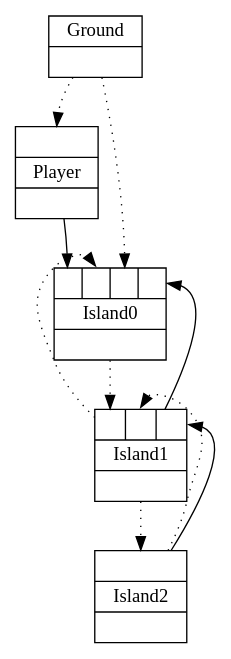
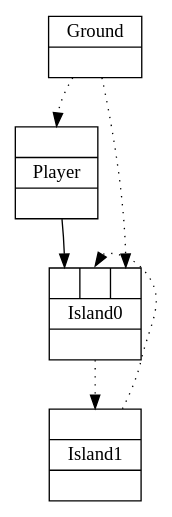
One commit to increpare/AbstractPropagationSim changed the diagram in mid/19/graph_0.gv. Above: the diagram before and after it, drawn with Graphviz. The commit also changed 11 other files, not shown here.

```diff
--- a/mid/19/graph_0.gv
+++ b/mid/19/graph_0.gv
@@ -1,17 +1,12 @@
 digraph G {
 node [shape=record];
 Player[ label ="{{<GroundP>}|{Player}|<PlayerOUT>}"];
 Ground[ label ="{{Ground}|<GroundOUT>}"];
-Island0[ label ="{{<Player>|<Island1P>|<GroundP>|<Island1>}|{Island0}|<Island0OUT>}"];
-Island1[ label ="{{<Island0P>|<Island2P>|<Island2>}|{Island1}|<Island1OUT>}"];
-Island2[ label ="{{<Island1P>}|{Island2}|<Island2OUT>}"];
+Island0[ label ="{{<Player>|<Island1P>|<GroundP>}|{Island0}|<Island0OUT>}"];
+Island1[ label ="{{<Island0P>}|{Island1}|<Island1OUT>}"];
 	"Ground" -> "Player":GroundP [style=dotted];
 	"Player" -> "Island0":Player;
 	"Island1" -> "Island0":Island1P [style=dotted];
 	"Ground" -> "Island0":GroundP [style=dotted];
 	"Island0" -> "Island1":Island0P [style=dotted];
-	"Island2" -> "Island1":Island2P [style=dotted];
-	"Island1" -> "Island2":Island1P [style=dotted];
-	"Island1" -> "Island0":Island1;
-	"Island2" -> "Island1":Island2;
 }
```
